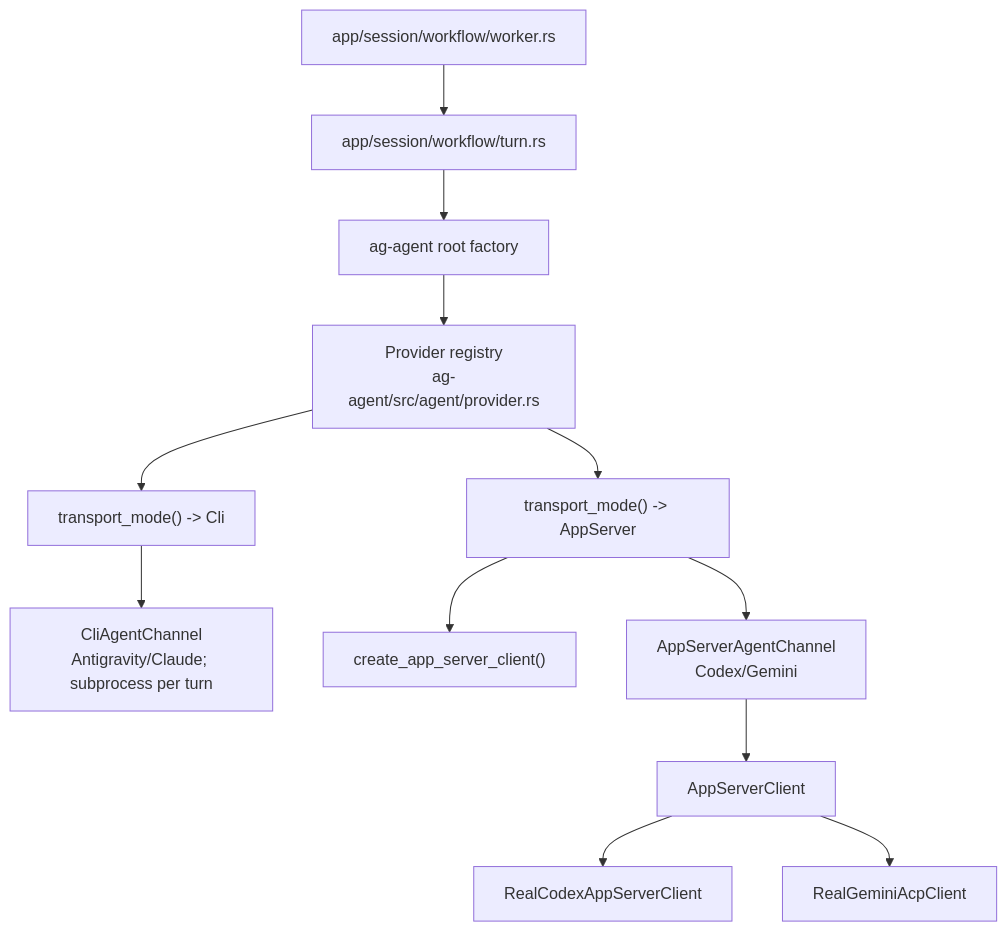
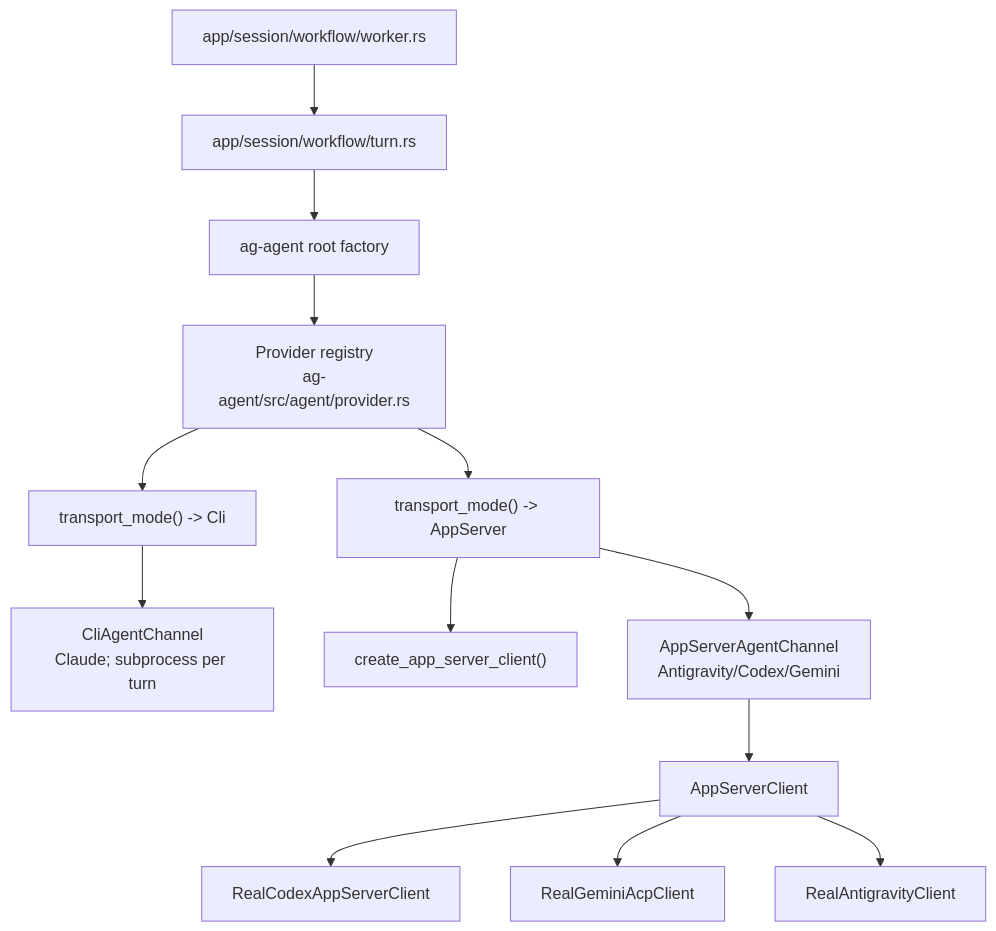
The third of 3 diagrams in docs/site/content/docs/architecture/runtime-flow.md (agentty-xyz/agentty), drawn with Mermaid before and after one commit. The commit also changed other lines of this file and 19 other files, not shown here.

````diff
--- a/docs/site/content/docs/architecture/runtime-flow.md
+++ b/docs/site/content/docs/architecture/runtime-flow.md
@@ -535,27 +535,29 @@
 ```mermaid
 flowchart TD
   worker["app/session/workflow/worker.rs"]
   turn["app/session/workflow/turn.rs"]
   factory["ag-agent root factory"]
   provider["Provider registry<br/>ag-agent/src/agent/provider.rs"]
   cli_mode["transport_mode() -> Cli"]
-  cli_channel["CliAgentChannel<br/>Antigravity/Claude; subprocess per turn"]
+  cli_channel["CliAgentChannel<br/>Claude; subprocess per turn"]
   app_server_mode["transport_mode() -> AppServer"]
   app_server_client["create_app_server_client()"]
-  app_server_channel["AppServerAgentChannel<br/>Codex/Gemini"]
+  app_server_channel["AppServerAgentChannel<br/>Antigravity/Codex/Gemini"]
   client_trait["AppServerClient"]
   codex_client["RealCodexAppServerClient"]
   gemini_client["RealGeminiAcpClient"]
+  antigravity_client["RealAntigravityClient"]
 
   worker --> turn
   turn --> factory
   factory --> provider
   provider --> cli_mode
   cli_mode --> cli_channel
   provider --> app_server_mode
   app_server_mode --> app_server_client
   app_server_mode --> app_server_channel
   app_server_channel --> client_trait
   client_trait --> codex_client
   client_trait --> gemini_client
+  client_trait --> antigravity_client
 ```
````
